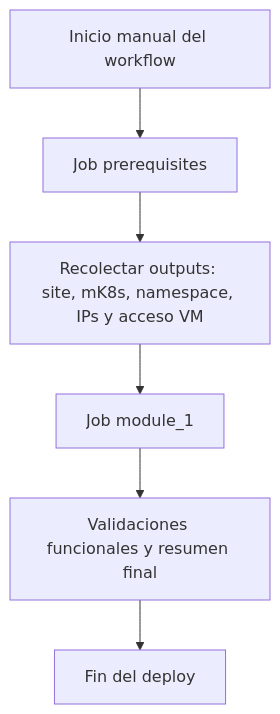
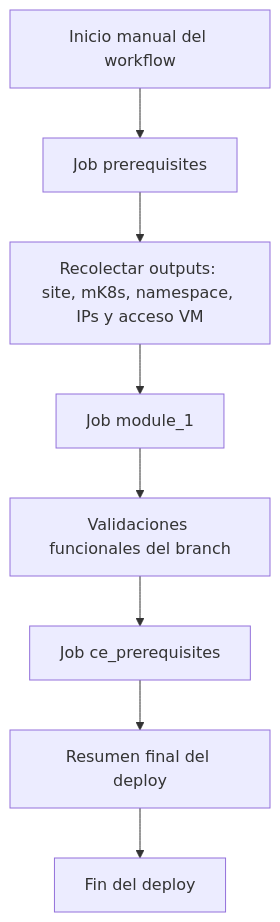
One commit to ocpdata/xcawsedgedemoguide changed the first of 14 diagrams in descripcion.md. Above: the diagram before and after it, drawn with Mermaid. The commit also changed other lines of this file and 8 other files, not shown here.

Commit message:
Add CE prerequisites job

````diff
--- a/descripcion.md
+++ b/descripcion.md
@@ -51,8 +56,10 @@
 ```mermaid
 flowchart TD
     A[Inicio manual del workflow] --> B[Job prerequisites]
     B --> C[Recolectar outputs: site, mK8s, namespace, IPs y acceso VM]
     C --> D[Job module_1]
-    D --> E[Validaciones funcionales y resumen final]
-    E --> F[Fin del deploy]
+    D --> E[Validaciones funcionales del branch]
+    E --> F[Job ce_prerequisites]
+    F --> G[Resumen final del deploy]
+    G --> H[Fin del deploy]
 ```
````
